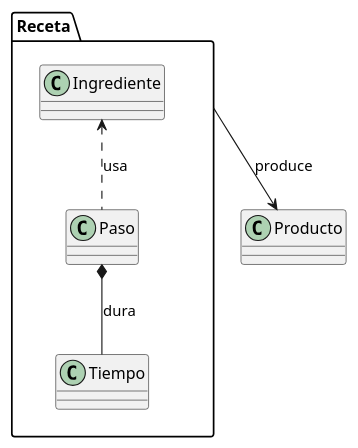
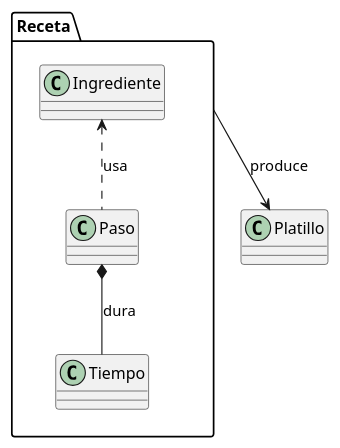
The diagram in evaluaciones/retos/baquedanoBryan/Reto001/DiagramaDeClases.puml (mmasias/25-26-IDSW1), drawn with PlantUML before and after one commit.

Commit message:
Producto a platillo, una entidad mas adecuada para este contexto.

```diff
--- a/evaluaciones/retos/baquedanoBryan/Reto001/DiagramaDeClases.puml
+++ b/evaluaciones/retos/baquedanoBryan/Reto001/DiagramaDeClases.puml
@@ -1,16 +1,16 @@
 @startuml
 left to right direction
 package Receta {
 top to bottom direction
 
     class Ingrediente
     class Paso
     class Tiempo
 
     Ingrediente <.. Paso: usa
     Paso *-- Tiempo: dura
 
 }
-Receta --> Producto : produce
-class Producto
+Receta --> Platillo : produce
+class Platillo
 @enduml
```
